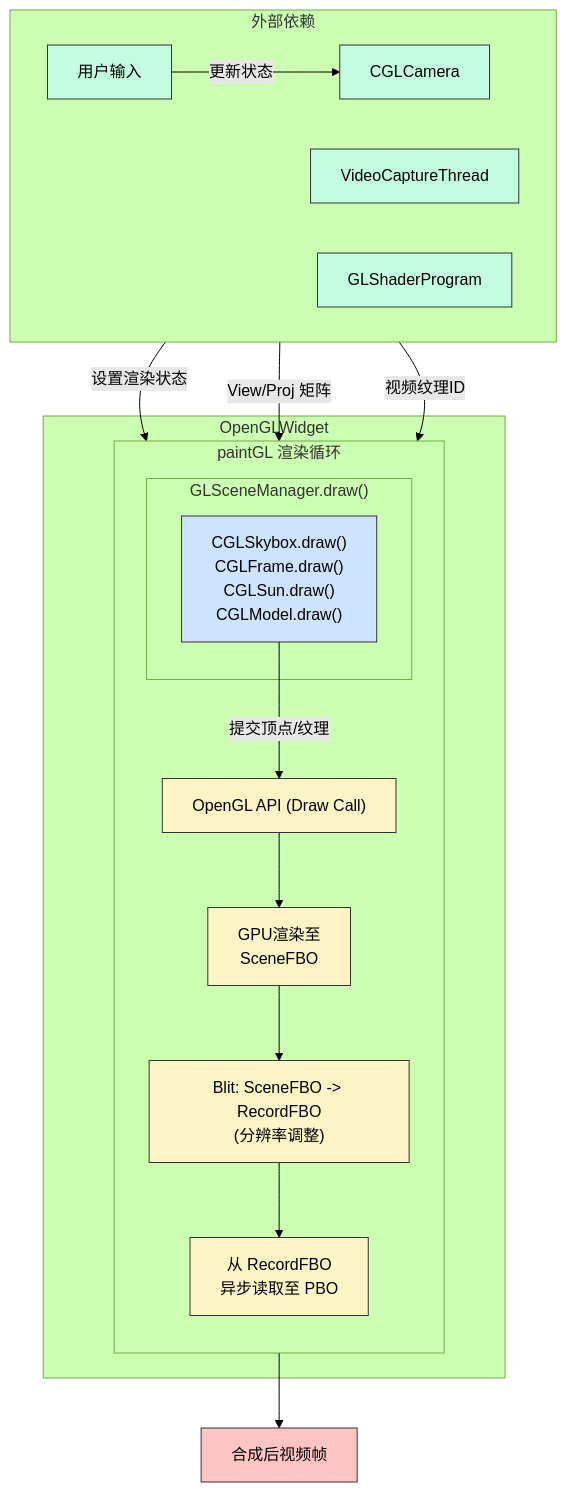
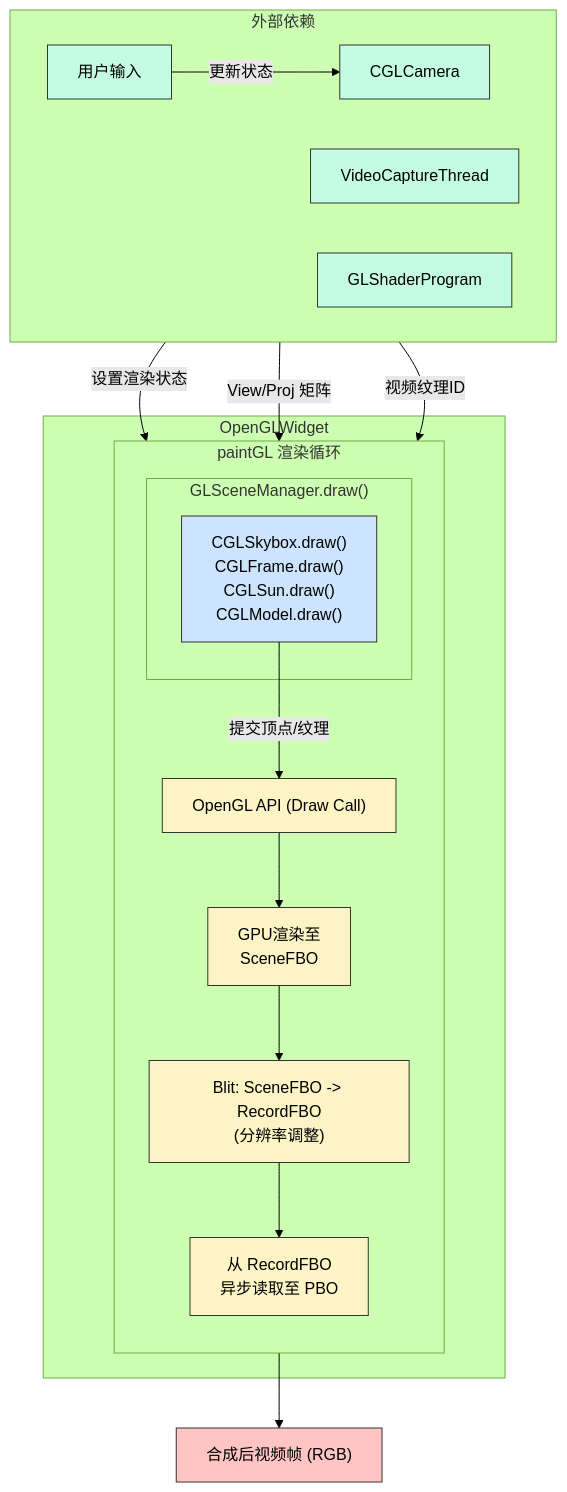
Before and after one commit to HHH-CHN17/LMEngine: the second of 5 diagrams in README.md, drawn with Mermaid (forest theme). The commit also changed other lines of this file and 3 other files, not shown here.

````diff
--- a/README.md
+++ b/README.md
@@ -71,46 +71,46 @@
 ```mermaid
 flowchart TD
     subgraph "外部依赖"
         direction LR
         A["用户输入"]
         B["VideoCaptureThread"]
         TC["CGLCamera"]
         TS["GLShaderProgram"]
     end
 
     subgraph W["OpenGLWidget"]
         subgraph P["paintGL 渲染循环"]
             direction TB
             subgraph P1["GLSceneManager.draw()"]
                 P2["CGLSkybox.draw()<br>CGLFrame.draw()<br>CGLSun.draw()<br>CGLModel.draw()"]
             end
             P3["OpenGL API (Draw Call)"]
             P4["GPU渲染至<br>SceneFBO"]
             P5["Blit: SceneFBO -> RecordFBO<br>(分辨率调整)"]
             P6["从 RecordFBO<br>异步读取至 PBO"]
         end
     end
 
-    O["合成后视频帧"]
+    O["合成后视频帧 (RGB)"]
 
     A -- "更新状态" --> TC
     TC -- "View/Proj 矩阵" --> P1
     B -- "视频纹理ID" --> P1
     
     P2 -- "提交顶点/纹理" --> P3
     TS -- "设置渲染状态" --> P3
     P3 --> P4
     P4 --> P5
     P5 --> P6
     P6 --> O
 
     classDef input fill:#c4fce2,stroke:#333;
     classDef cpu fill:#cde4ff,stroke:#333;
     classDef gpu fill:#fcf4c4,stroke:#333;
     classDef output fill:#ffc4c4,stroke:#333;
 
     class A,B,TC,TS input;
     class P2 cpu;
     class P3,P4,P5,P6 gpu;
     class O output;
 ```
````
